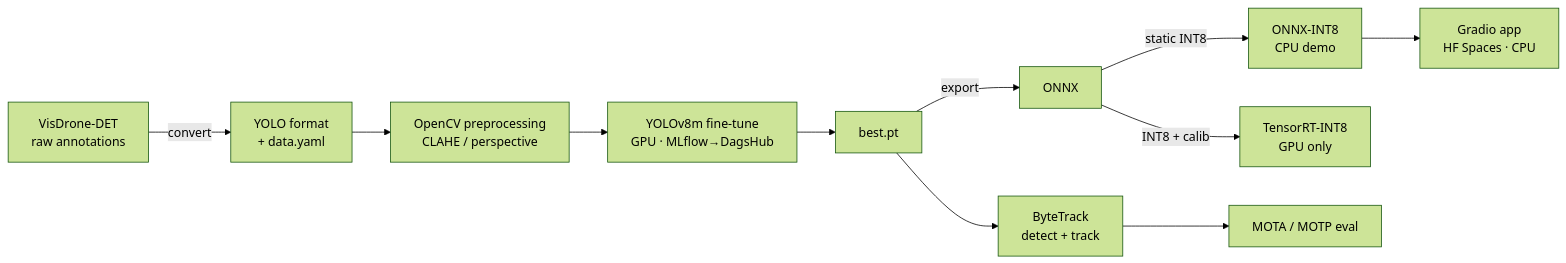
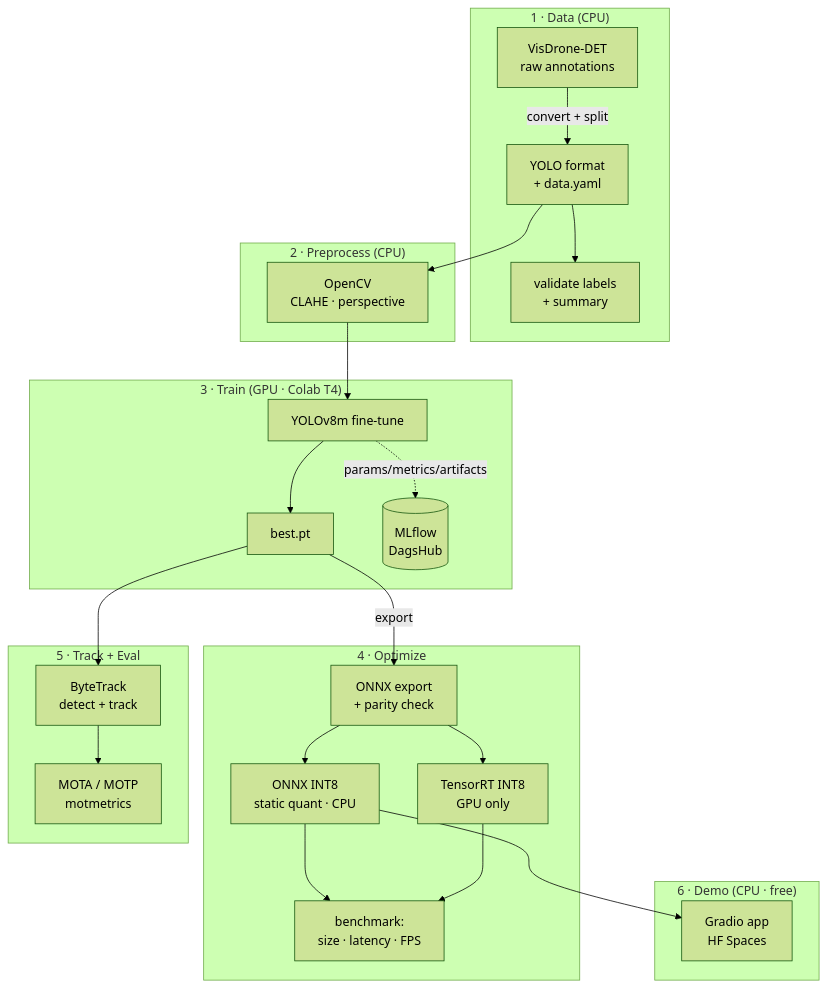
The diagram in README.md (mohanemg07-web/object-detection-tracking), drawn with Mermaid (forest theme) before and after one commit. The commit also changed other lines of this file and 3 other files, not shown here.

Commit message:
Phase 7: complete README (architecture, end-to-end workflow, honest limitations), weights placeholder, gitignore + Makefile polish

````diff
--- a/README.md
+++ b/README.md
@@ -23,13 +23,37 @@
 ```mermaid
-flowchart LR
-    A[VisDrone-DET<br/>raw annotations] -->|convert| B[YOLO format<br/>+ data.yaml]
-    B --> C[OpenCV preprocessing<br/>CLAHE / perspective]
-    C --> D[YOLOv8m fine-tune<br/>GPU · MLflow→DagsHub]
-    D --> E[best.pt]
-    E -->|export| F[ONNX]
-    F -->|static INT8| G[ONNX-INT8<br/>CPU demo]
-    F -->|INT8 + calib| H[TensorRT-INT8<br/>GPU only]
-    E --> I[ByteTrack<br/>detect + track]
-    I --> J[MOTA / MOTP eval]
-    G --> K[Gradio app<br/>HF Spaces · CPU]
+flowchart TB
+    subgraph data["1 · Data (CPU)"]
+        A[VisDrone-DET<br/>raw annotations] -->|convert + split| B[YOLO format<br/>+ data.yaml]
+        B --> V[validate labels<br/>+ summary]
+    end
+
+    subgraph prep["2 · Preprocess (CPU)"]
+        C[OpenCV<br/>CLAHE · perspective]
+    end
+
+    subgraph train["3 · Train (GPU · Colab T4)"]
+        D[YOLOv8m fine-tune] --> E[best.pt]
+        D -. params/metrics/artifacts .-> ML[(MLflow<br/>DagsHub)]
+    end
+
+    subgraph opt["4 · Optimize"]
+        F[ONNX export<br/>+ parity check] --> G[ONNX INT8<br/>static quant · CPU]
+        F --> H[TensorRT INT8<br/>GPU only]
+        BM[benchmark:<br/>size · latency · FPS]
+    end
+
+    subgraph track["5 · Track + Eval"]
+        I[ByteTrack<br/>detect + track] --> J[MOTA / MOTP<br/>motmetrics]
+    end
+
+    subgraph demo["6 · Demo (CPU · free)"]
+        K[Gradio app<br/>HF Spaces]
+    end
+
+    B --> C --> D
+    E -->|export| F
+    E --> I
+    G --> K
+    G --> BM
+    H --> BM
 ```
````
